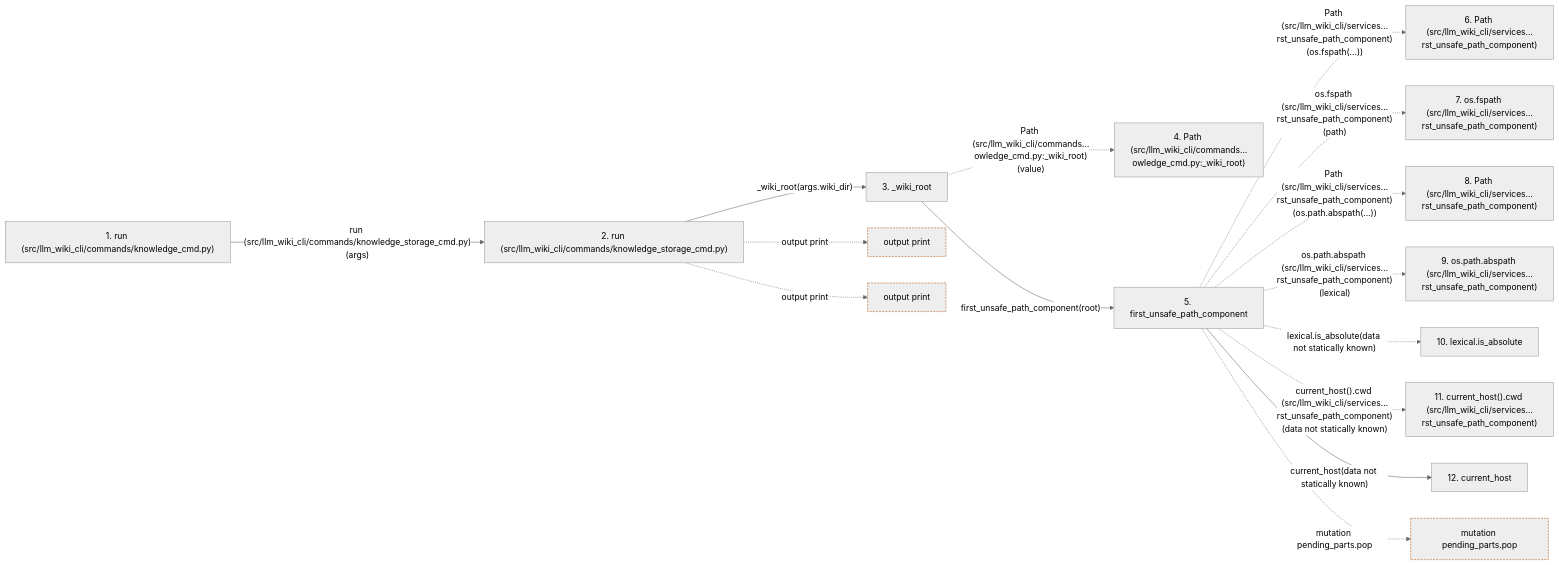
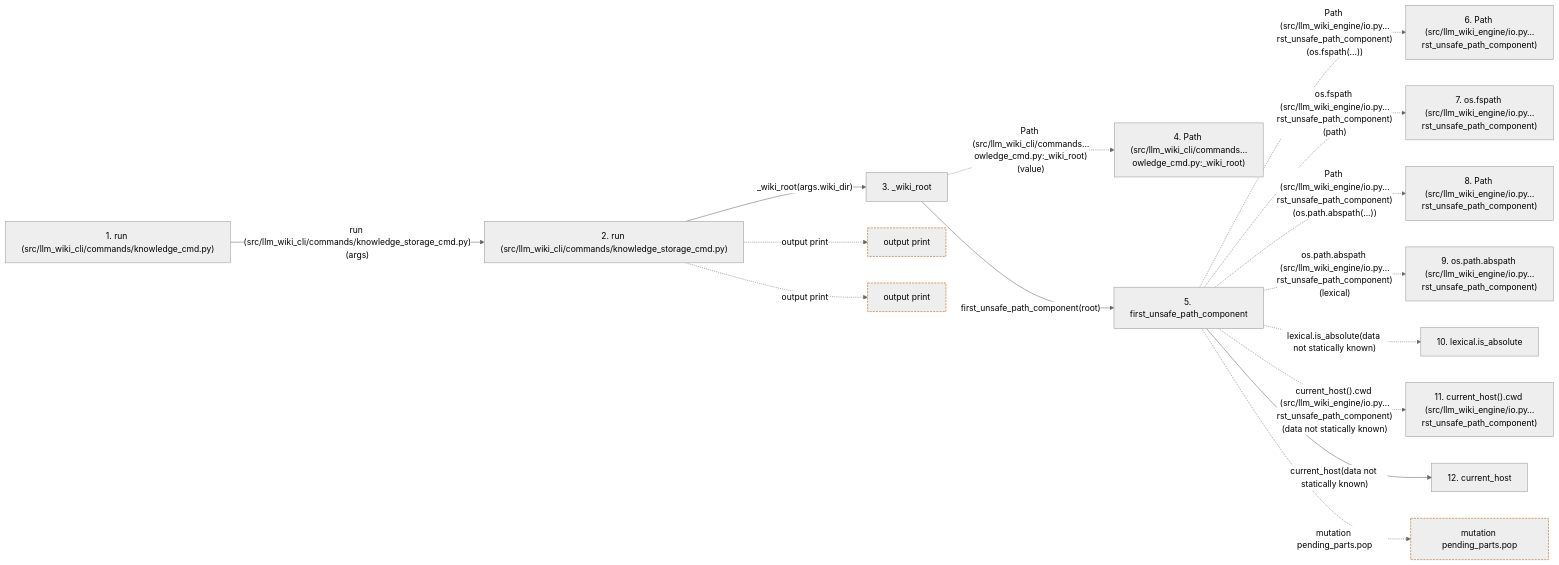
The second of 2 diagrams in docs/llm_wiki/flows/api-run-knowledge_cmd.md (Denissvgn/python-wiki-llm), drawn with Mermaid (neutral theme) before and after one commit. The commit also changed other lines of this file and 739 other files, not shown here.

First line of the commit message:
docs: refresh the wiki for the second engine batch

````diff
--- a/docs/llm_wiki/flows/api-run-knowledge_cmd.md
+++ b/docs/llm_wiki/flows/api-run-knowledge_cmd.md
@@ -217,41 +217,41 @@
 ```mermaid
 flowchart LR
     s1["1. run (src/llm_wiki_cli/commands/knowledge_cmd.py)"]
     s2["2. run (src/llm_wiki_cli/commands/knowledge_storage_cmd.py)"]
     s3["3. _wiki_root"]
     s4["4. Path (src/llm_wiki_cli/commands…owledge_cmd.py:_wiki_root)"]
     s5["5. first_unsafe_path_component"]
-    s6["6. Path (src/llm_wiki_cli/services…rst_unsafe_path_component)"]
-    s7["7. os.fspath (src/llm_wiki_cli/services…rst_unsafe_path_component)"]
-    s8["8. Path (src/llm_wiki_cli/services…rst_unsafe_path_component)"]
-    s9["9. os.path.abspath (src/llm_wiki_cli/services…rst_unsafe_path_component)"]
+    s6["6. Path (src/llm_wiki_engine/io.py…rst_unsafe_path_component)"]
+    s7["7. os.fspath (src/llm_wiki_engine/io.py…rst_unsafe_path_component)"]
+    s8["8. Path (src/llm_wiki_engine/io.py…rst_unsafe_path_component)"]
+    s9["9. os.path.abspath (src/llm_wiki_engine/io.py…rst_unsafe_path_component)"]
     s10["10. lexical.is_absolute"]
-    s11["11. current_host().cwd (src/llm_wiki_cli/services…rst_unsafe_path_component)"]
+    s11["11. current_host().cwd (src/llm_wiki_engine/io.py…rst_unsafe_path_component)"]
     s12["12. current_host"]
     s1 -->|"run (src/llm_wiki_cli/commands/knowledge_storage_cmd.py)(args)"| s2
     s2 -->|"_wiki_root(args.wiki_dir)"| s3
     s3 -. "Path (src/llm_wiki_cli/commands…owledge_cmd.py:_wiki_root)(value)" .-> s4
     s3 -->|"first_unsafe_path_component(root)"| s5
-    s5 -. "Path (src/llm_wiki_cli/services…rst_unsafe_path_component)(os.fspath(...))" .-> s6
-    s5 -. "os.fspath (src/llm_wiki_cli/services…rst_unsafe_path_component)(path)" .-> s7
-    s5 -. "Path (src/llm_wiki_cli/services…rst_unsafe_path_component)(os.path.abspath(...))" .-> s8
-    s5 -. "os.path.abspath (src/llm_wiki_cli/services…rst_unsafe_path_component)(lexical)" .-> s9
+    s5 -. "Path (src/llm_wiki_engine/io.py…rst_unsafe_path_component)(os.fspath(...))" .-> s6
+    s5 -. "os.fspath (src/llm_wiki_engine/io.py…rst_unsafe_path_component)(path)" .-> s7
+    s5 -. "Path (src/llm_wiki_engine/io.py…rst_unsafe_path_component)(os.path.abspath(...))" .-> s8
+    s5 -. "os.path.abspath (src/llm_wiki_engine/io.py…rst_unsafe_path_component)(lexical)" .-> s9
     s5 -. "lexical.is_absolute(data not statically known)" .-> s10
-    s5 -. "current_host().cwd (src/llm_wiki_cli/services…rst_unsafe_path_component)(data not statically known)" .-> s11
+    s5 -. "current_host().cwd (src/llm_wiki_engine/io.py…rst_unsafe_path_component)(data not statically known)" .-> s11
     s5 -->|"current_host(data not statically known)"| s12
     b0["output print"]
     s2 -. "output print" .-> b0
     b1["output print"]
     s2 -. "output print" .-> b1
     b2["mutation pending_parts.pop"]
     s5 -. "mutation pending_parts.pop" .-> b2
     click s1 "../modules/knowledge_cmd.md"
     click s2 "../modules/knowledge_storage_cmd.md"
     click s3 "../modules/knowledge_cmd.md"
     click s5 "../modules/io.md"
     click s12 "../modules/host.md"
     classDef boundary stroke:#b45309,stroke-dasharray: 4 2
     class b0 boundary
     class b1 boundary
     class b2 boundary
 ```
````
